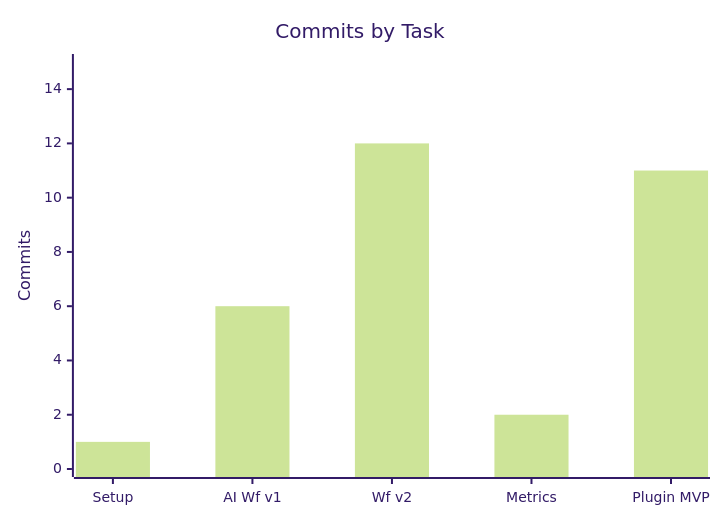
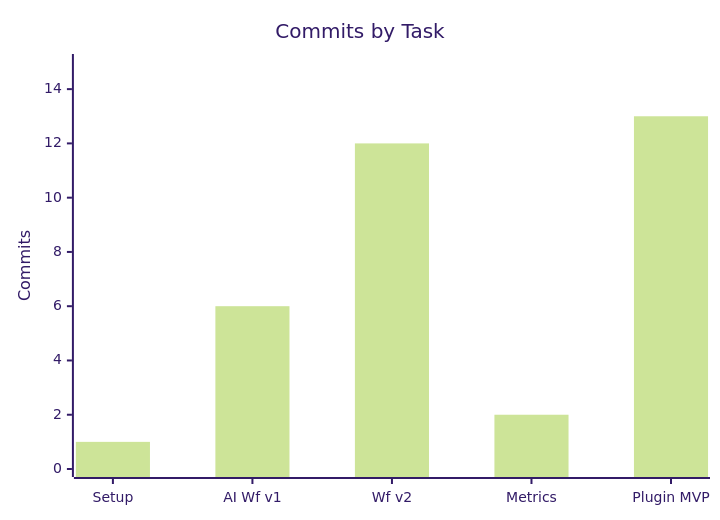
The second of 7 diagrams in README.md (atlantdak/claude-code-hackathon-xbo-market-kit), drawn with Mermaid (forest theme) before and after one commit. The commit also changed other lines of this file and 10 other files, not shown here.

````diff
--- a/README.md
+++ b/README.md
@@ -68,7 +68,7 @@
 ```mermaid
 xychart-beta
     title "Commits by Task"
     x-axis ["Setup", "AI Wf v1", "Wf v2", "Metrics", "Plugin MVP"]
     y-axis "Commits" 0 --> 15
-    bar [1, 6, 12, 2, 11]
+    bar [1, 6, 12, 2, 13]
 ```
````
